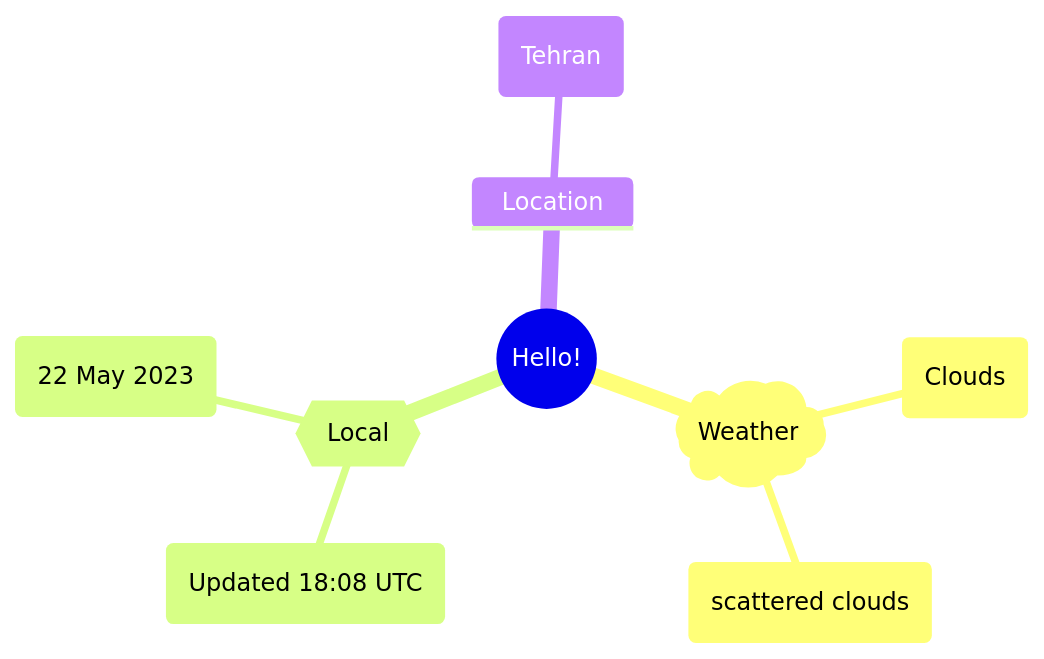
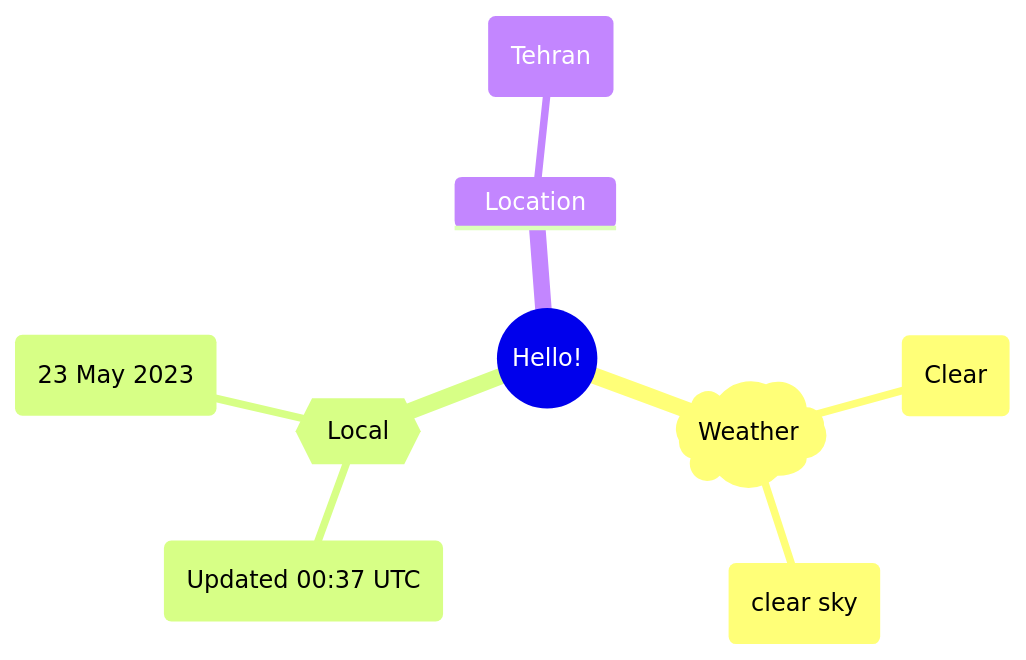
Before and after one commit to Xosrov/Xosrov: the first of 2 diagrams in README.md, drawn with Mermaid.

Commit message:
[bot] updated images

````diff
--- a/README.md
+++ b/README.md
@@ -3,12 +3,12 @@
 ```mermaid
 mindmap
   root((Hello!))
     )Weather(
-        (Clouds)
-        (scattered clouds)
+        (Clear)
+        (clear sky)
     {{Local}}
-        (Updated 18:08 UTC)
-        (22 May 2023)
+        (Updated 00:37 UTC)
+        (23 May 2023)
     Location
         (Tehran)
 ```
````
